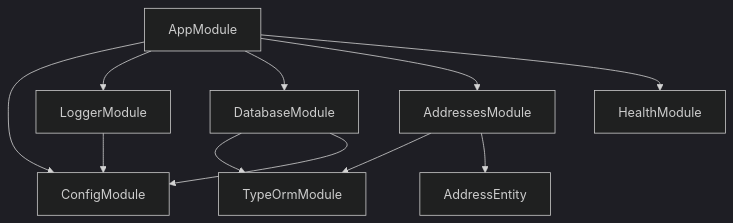
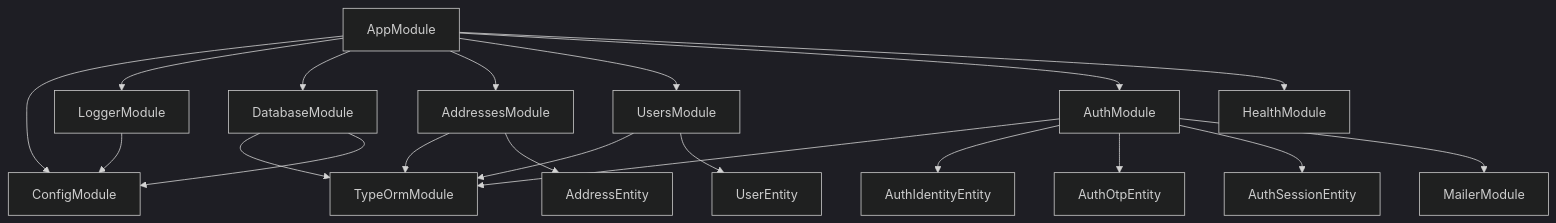
One commit to chepuhasasha/local changed the first of 2 diagrams in docs/architecture/module-map.md. Above: the diagram before and after it, drawn with Mermaid (dark theme). The commit also changed other lines of this file and 51 other files, not shown here.

````diff
--- a/docs/architecture/module-map.md
+++ b/docs/architecture/module-map.md
@@ -11,16 +11,27 @@
 ```mermaid
 graph TD
   AppModule --> ConfigModule
   AppModule --> LoggerModule
   AppModule --> DatabaseModule
   AppModule --> AddressesModule
+  AppModule --> UsersModule
+  AppModule --> AuthModule
   AppModule --> HealthModule
 
   AddressesModule --> TypeOrmModule
   AddressesModule --> AddressEntity
+
+  UsersModule --> TypeOrmModule
+  UsersModule --> UserEntity
+
+  AuthModule --> TypeOrmModule
+  AuthModule --> AuthIdentityEntity
+  AuthModule --> AuthOtpEntity
+  AuthModule --> AuthSessionEntity
+  AuthModule --> MailerModule
 
   DatabaseModule --> TypeOrmModule
   DatabaseModule --> ConfigModule
 
   LoggerModule --> ConfigModule
 ```
````
